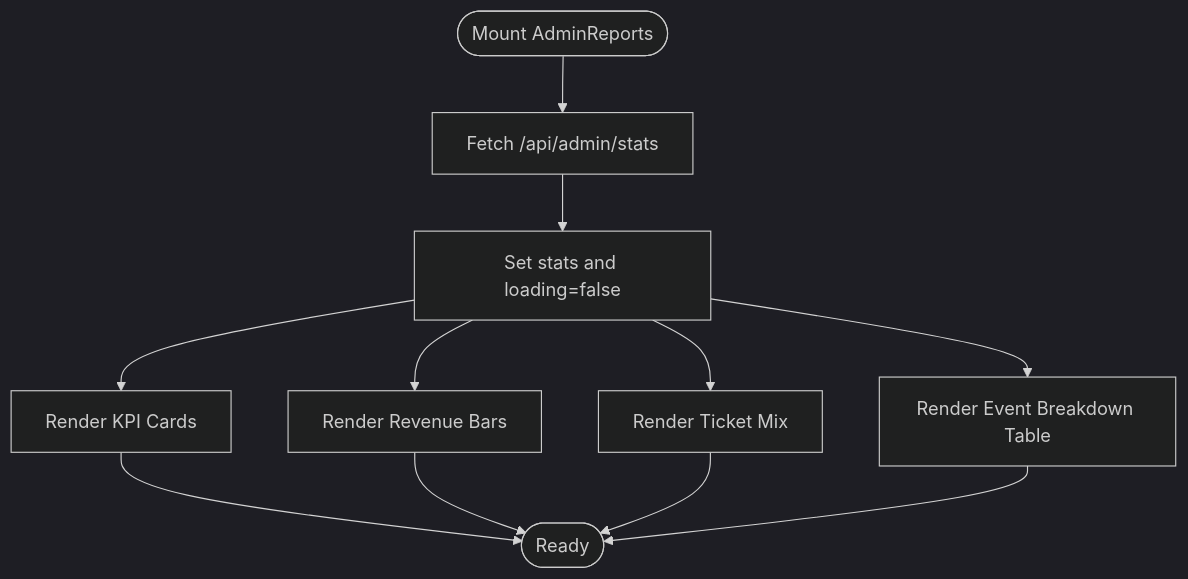
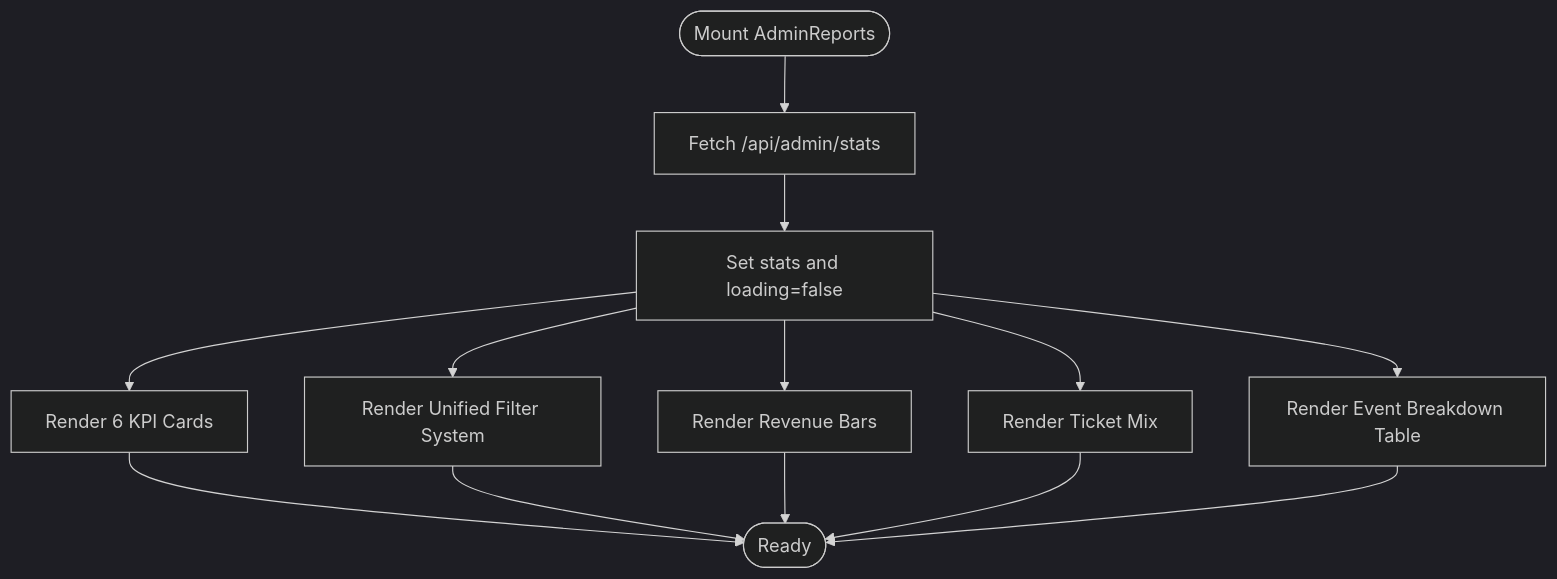
One commit to ObeyMuchechesi/TicketFlow changed the third of 5 diagrams in .qoder/repowiki/en/content/Admin Dashboard/Analytics & Reports.md. Above: the diagram before and after it, drawn with Mermaid (dark theme). The commit also changed other lines of this file and 12 other files, not shown here.

First line of the commit message:
docs: EcoCash schema columns and project documentation refresh

````diff
--- a/.qoder/repowiki/en/content/Admin Dashboard/Analytics & Reports.md
+++ b/.qoder/repowiki/en/content/Admin Dashboard/Analytics & Reports.md
@@ -151,13 +184,15 @@
 ```mermaid
 flowchart TD
 Start(["Mount AdminReports"]) --> Fetch["Fetch /api/admin/stats"]
 Fetch --> SetState["Set stats and loading=false"]
-SetState --> RenderKPIs["Render KPI Cards"]
+SetState --> RenderKPIs["Render 6 KPI Cards"]
+SetState --> RenderFilters["Render Unified Filter System"]
 SetState --> RenderBars["Render Revenue Bars"]
 SetState --> RenderMix["Render Ticket Mix"]
 SetState --> RenderTable["Render Event Breakdown Table"]
 RenderKPIs --> End(["Ready"])
+RenderFilters --> End
 RenderBars --> End
 RenderMix --> End
 RenderTable --> End
 ```
````
